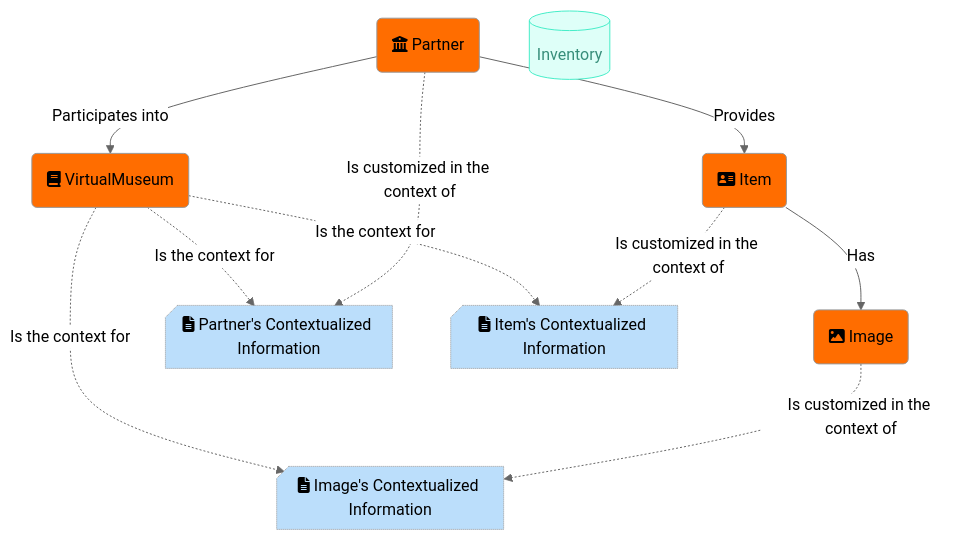
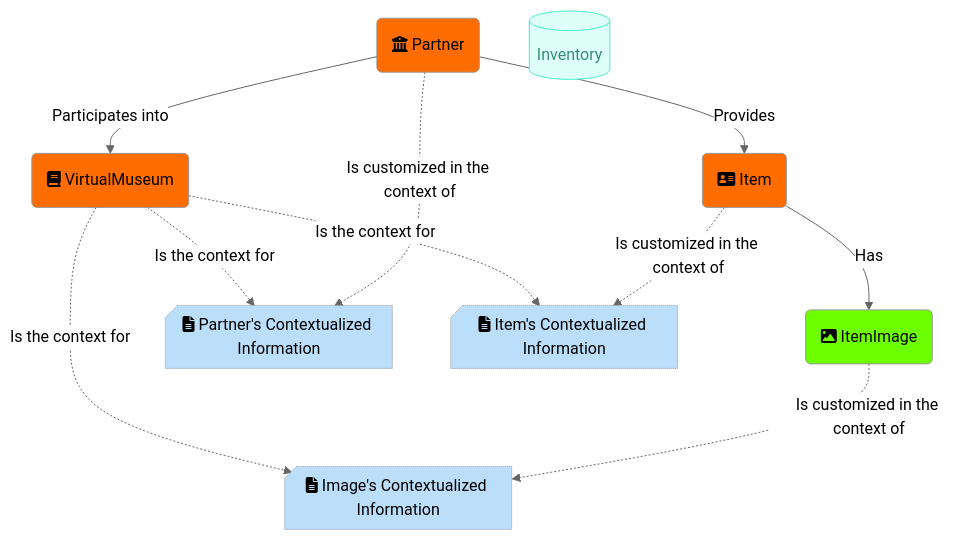
One commit to metanull/virtual-museum-inventory changed the diagram in README.md. Above: the diagram before and after it, drawn with Mermaid (neutral theme). The commit also changed other lines of this file and 5 other files, not shown here.

````diff
--- a/README.md
+++ b/README.md
@@ -26,26 +26,26 @@
 ```mermaid
 flowchart TD
     Partner("fa:fa-institution Partner") -- Participates into --> VirtualMuseum("fa:fa-book VirtualMuseum")
     Partner -- Provides --> Item("fa:fa-address-card Item")
-    Item -- Has --> Image("fa:fa-image Image")
+    Item -- Has --> ItemImage("fa:fa-image ItemImage")
     Partner -. Is customized in the context of .-> ContextualizedPartner@{ label: "fa:fa-file-text Partner's Contextualized Information" }
     Item -. Is customized in the context of .-> ContextualizedItem@{ label: "fa:fa-file-text Item's Contextualized Information" }
-    Image -. Is customized in the context of .-> ContextualizedImage@{ label: "fa:fa-file-text Image's Contextualized Information" }
+    ItemImage -. Is customized in the context of .-> ContextualizedImage@{ label: "fa:fa-file-text Image's Contextualized Information" }
     VirtualMuseum -. Is the context for .-> ContextualizedPartner & ContextualizedItem & ContextualizedImage
     Inventory["Inventory"]
 
     ContextualizedPartner@{ shape: card}
     ContextualizedItem@{ shape: card}
     ContextualizedImage@{ shape: card}
     Inventory@{ shape: cyl}
      Inventory:::Aqua
     classDef Aqua stroke-width:1px, stroke-dasharray:none, stroke:#46EDC8, fill:#DEFFF8, color:#378E7A
     classDef Peach stroke-width:1px, stroke-dasharray:none, stroke:#FBB35A, fill:#FFEFDB, color:#8F632D
     style Partner fill:#FF6D00
     style VirtualMuseum fill:#FF6D00
     style Item fill:#FF6D00
-    style Image fill:#FF6D00
+    style ItemImage fill:#6DFF00
     style ContextualizedPartner fill:#BBDEFB,stroke-width:1px,stroke-dasharray: 1
     style ContextualizedItem fill:#BBDEFB,stroke-width:1px,stroke-dasharray: 1
     style ContextualizedImage fill:#BBDEFB,stroke-width:1px,stroke-dasharray: 1
 ```
````
